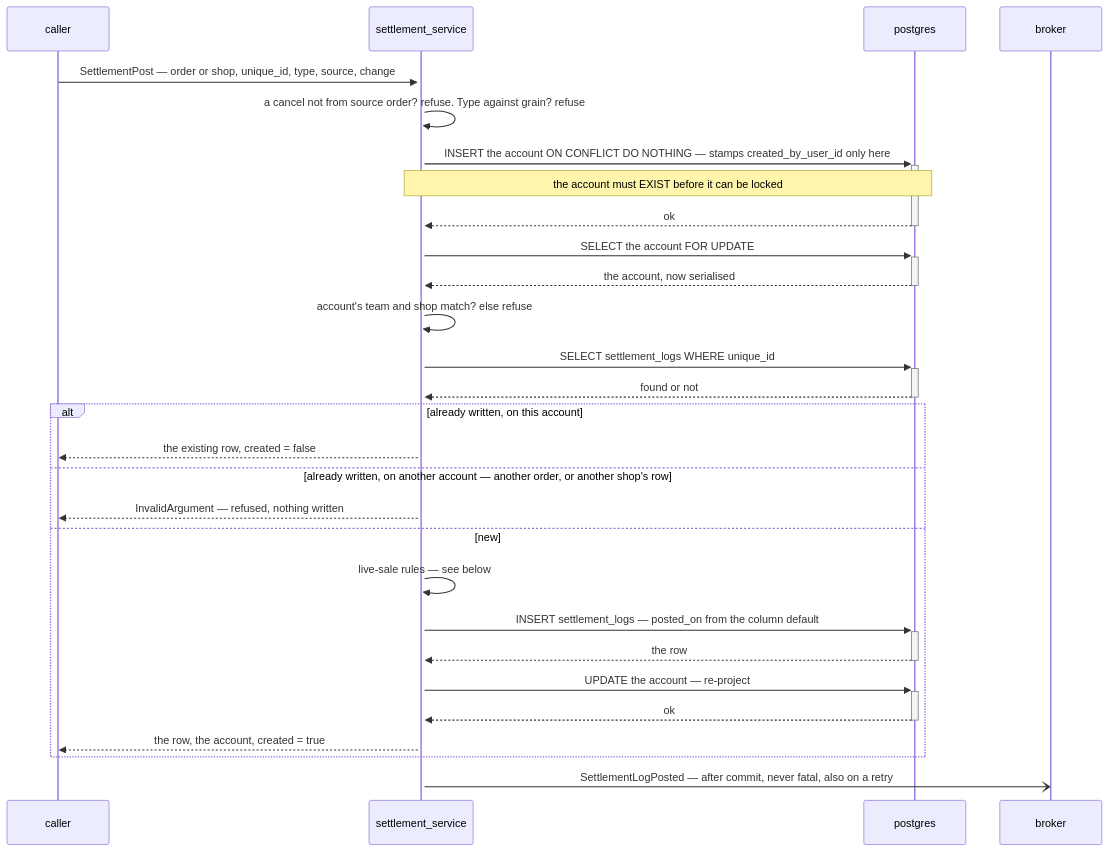
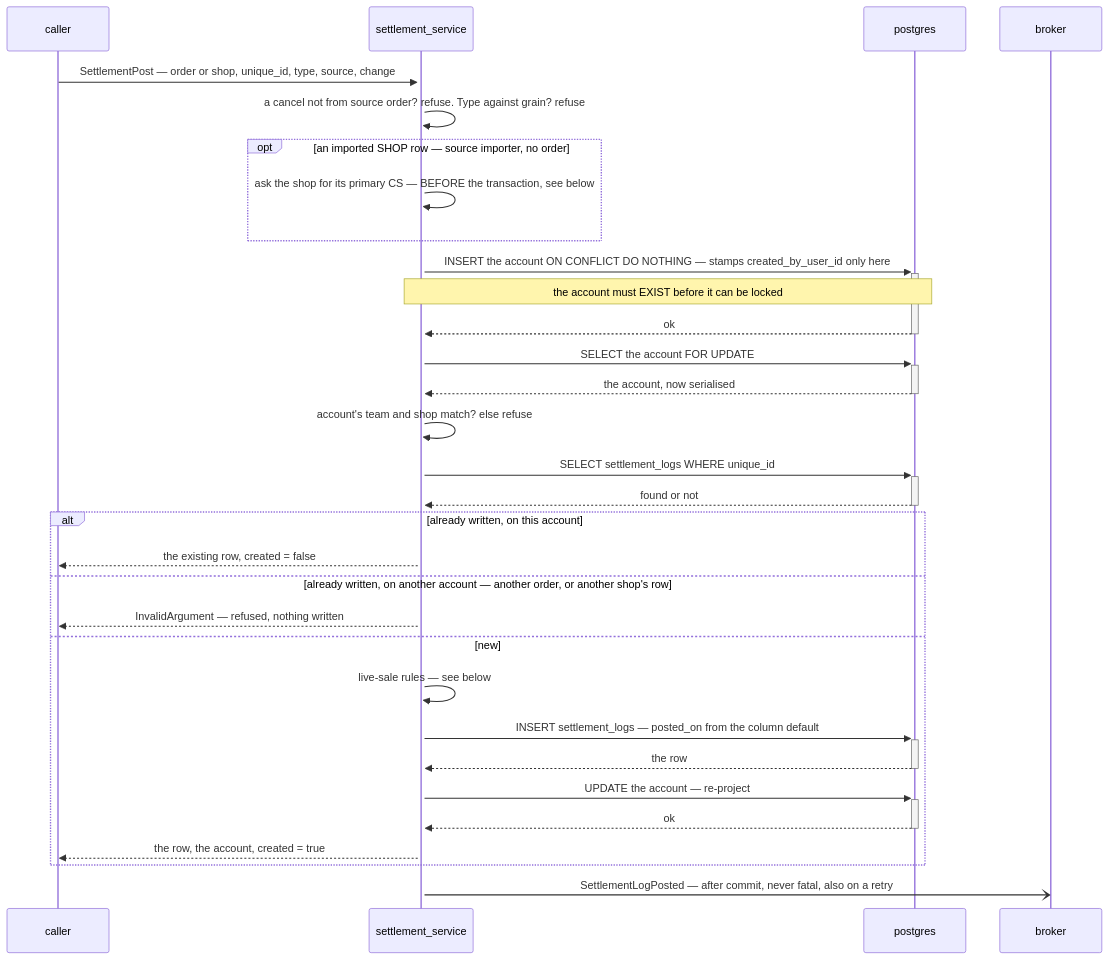
The second of 6 diagrams in docs/services/settlement_service/rpc.md (pdcgo/warehouse_revamp), drawn with Mermaid before and after one commit. The commit also changed other lines of this file and 46 other files, not shown here.

````diff
--- a/docs/services/settlement_service/rpc.md
+++ b/docs/services/settlement_service/rpc.md
@@ -46,31 +48,34 @@
 ```mermaid
 sequenceDiagram
   participant C as caller
   participant S as settlement_service
   participant DB as postgres
   participant B as broker
 
   C->>+S: SettlementPost — order or shop, unique_id, type, source, change
   S->>S: a cancel not from source order? refuse. Type against grain? refuse
+  opt an imported SHOP row — source importer, no order
+    S->>S: ask the shop for its primary CS — BEFORE the transaction, see below
+  end
   S->>+DB: INSERT the account ON CONFLICT DO NOTHING — stamps created_by_user_id only here
   Note over S,DB: the account must EXIST before it can be locked
   DB-->>-S: ok
   S->>+DB: SELECT the account FOR UPDATE
   DB-->>-S: the account, now serialised
   S->>S: account's team and shop match? else refuse
   S->>+DB: SELECT settlement_logs WHERE unique_id
   DB-->>-S: found or not
   alt already written, on this account
     S-->>C: the existing row, created = false
   else already written, on another account — another order, or another shop's row
     S-->>C: InvalidArgument — refused, nothing written
   else new
     S->>S: live-sale rules — see below
     S->>+DB: INSERT settlement_logs — posted_on from the column default
     DB-->>-S: the row
     S->>+DB: UPDATE the account — re-project
     DB-->>-S: ok
     S-->>C: the row, the account, created = true
   end
   S-)B: SettlementLogPosted — after commit, never fatal, also on a retry
 ```
````
